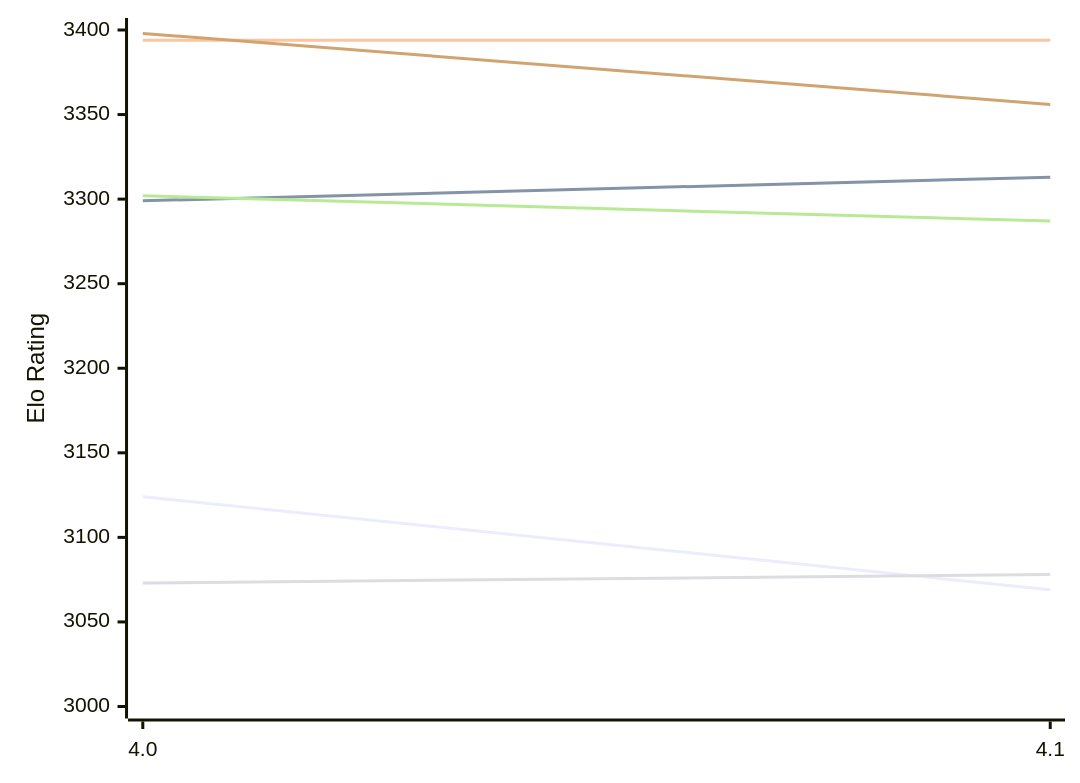
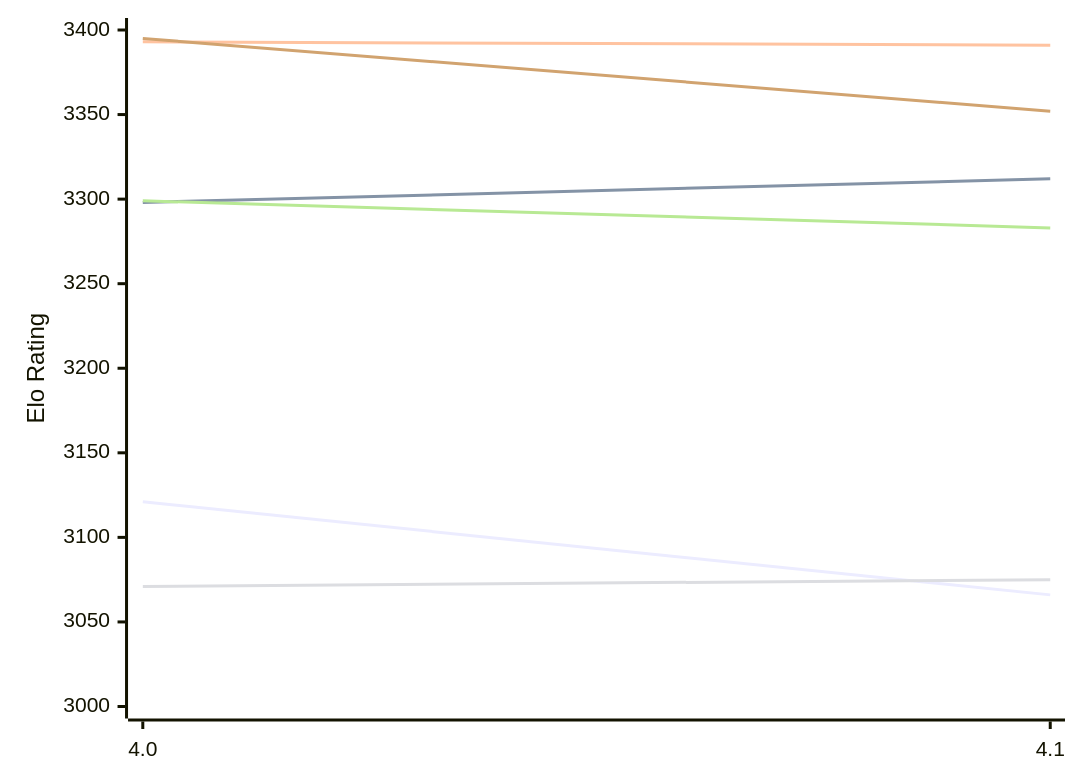
The first of 2 diagrams in engines/Petrel.md (computer-chess-index/cci), drawn with Mermaid before and after one commit. The commit also changed other lines of this file, not shown here.

Commit message:
Update CCI Ratings (ELO VLTC) - 2026-11-19

````diff
--- a/engines/Petrel.md
+++ b/engines/Petrel.md
@@ -57,12 +57,12 @@
 ```mermaid
 %%{init: {"theme":"base","themeVariables":{"seriesColors:['#a3a3a3','#222221','#faa371']}}}%%
 xychart-beta
   x-axis ["4.0", "4.1"]
   y-axis "Elo Rating" 3000 --> 3400
-  line "E1: STC (8.0+0.08s)" [3124, 3069]
-  line "E1: LTC (60.0+0.60s)" [3299, 3313]
-  line "E1: VLTC (2m24s+1.12s)" [3394, 3394]
-  line "P1: STC (8.0+0.08s)" [3073, 3078]
-  line "P1: LTC (60.0+0.60s)" [3302, 3287]
-  line "P1: VLTC (2m24s+1.12s)" [3398, 3356]
+  line "E1: STC (8.0+0.08s)" [3121, 3066]
+  line "E1: LTC (60.0+0.60s)" [3298, 3312]
+  line "E1: VLTC (2m24s+1.12s)" [3393, 3391]
+  line "P1: STC (8.0+0.08s)" [3071, 3075]
+  line "P1: LTC (60.0+0.60s)" [3299, 3283]
+  line "P1: VLTC (2m24s+1.12s)" [3395, 3352]
 ```
````
